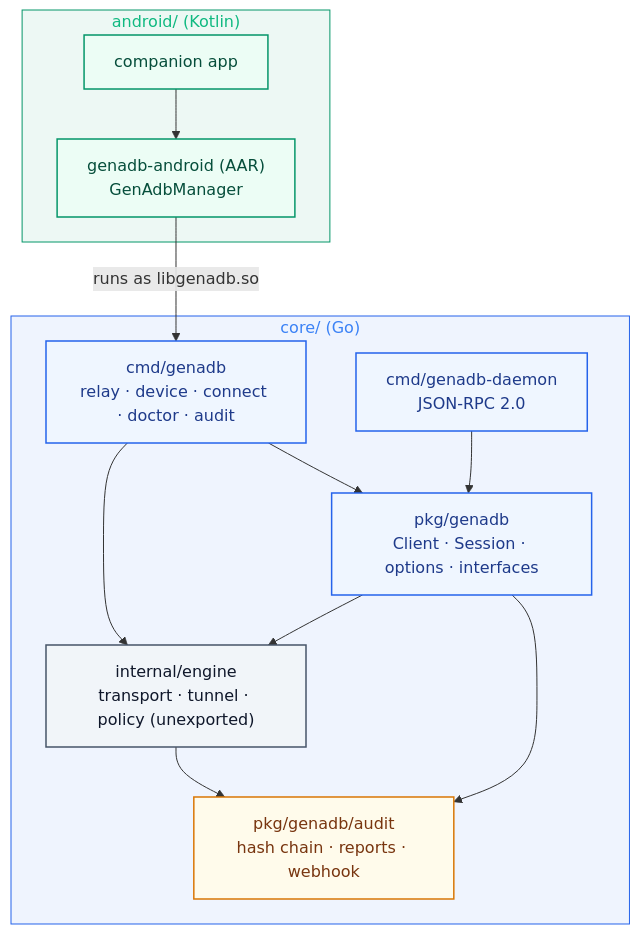
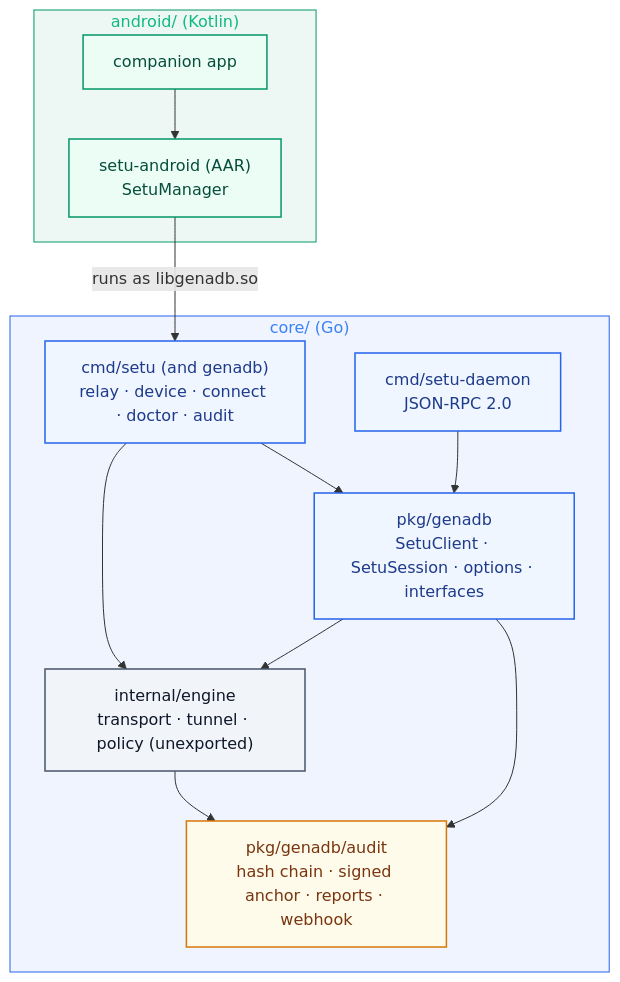
One commit to SumukhaK/New-GenADB changed the third of 3 diagrams in README.md. Above: the diagram before and after it, drawn with Mermaid. The commit also changed other lines of this file and 5 other files, not shown here.

First line of the commit message:
Docs and brand: Setu (Setu-SDK)

````diff
--- a/README.md
+++ b/README.md
@@ -98,33 +100,33 @@
 ```mermaid
 flowchart TB
     subgraph Go["core/ (Go)"]
-        CLI["cmd/genadb<br/>relay · device · connect · doctor · audit"]
-        DMN["cmd/genadb-daemon<br/>JSON-RPC 2.0"]
-        SDK["pkg/genadb<br/>Client · Session · options · interfaces"]
-        AUD["pkg/genadb/audit<br/>hash chain · reports · webhook"]
+        CLI["cmd/setu (and genadb)<br/>relay · device · connect · doctor · audit"]
+        DMN["cmd/setu-daemon<br/>JSON-RPC 2.0"]
+        SDK["pkg/genadb<br/>SetuClient · SetuSession · options · interfaces"]
+        AUD["pkg/genadb/audit<br/>hash chain · signed anchor · reports · webhook"]
         ENG["internal/engine<br/>transport · tunnel · policy (unexported)"]
         CLI --> ENG
         CLI --> SDK
         DMN --> SDK
         SDK --> ENG
         SDK --> AUD
         ENG --> AUD
     end
     subgraph Android["android/ (Kotlin)"]
-        LIB["genadb-android (AAR)<br/>GenAdbManager"]
+        LIB["setu-android (AAR)<br/>SetuManager"]
         APP["companion app"]
         APP --> LIB
     end
     LIB -->|"runs as libgenadb.so"| CLI
 
     classDef dev fill:#EFF6FF,stroke:#2563EB,stroke-width:1.5px,color:#1E3A8A
     classDef relay fill:#FFFBEB,stroke:#D97706,stroke-width:1.5px,color:#78350F
     classDef phone fill:#ECFDF5,stroke:#059669,stroke-width:1.5px,color:#064E3B
     classDef engine fill:#F1F5F9,stroke:#475569,stroke-width:1.5px,color:#0F172A
     class CLI,DMN,SDK dev
     class AUD relay
     class ENG engine
     class LIB,APP phone
     style Go fill:#2563EB12,stroke:#2563EB,stroke-width:1px,color:#3B82F6
     style Android fill:#05966912,stroke:#059669,stroke-width:1px,color:#10B981
 ```
````
